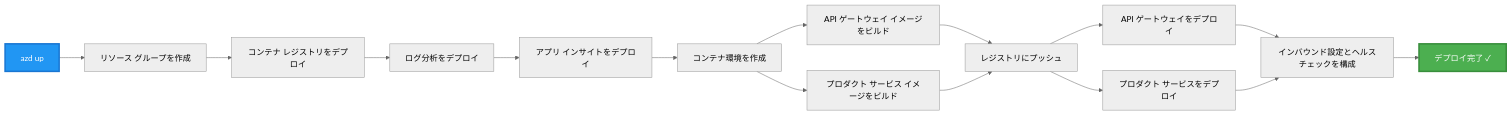
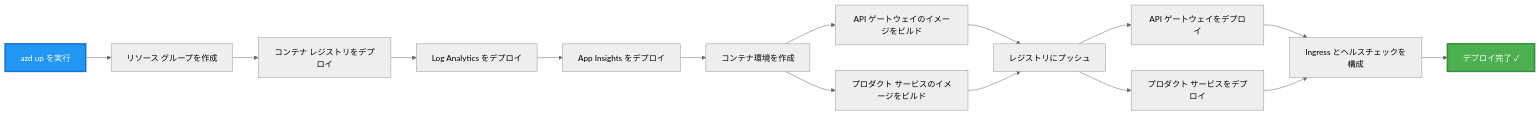
Before and after one commit to microsoft/AZD-for-beginners: the third of 4 diagrams in translations/ja/examples/microservices/README.md, drawn with Mermaid (neutral theme). The commit also changed other lines of this file and 242 other files, not shown here.

````diff
--- a/translations/ja/examples/microservices/README.md
+++ b/translations/ja/examples/microservices/README.md
@@ -242,20 +231,20 @@
 ```mermaid
 graph LR
-    A[azd up] --> B[リソース グループを作成]
+    A[azd up を実行] --> B[リソース グループを作成]
     B --> C[コンテナ レジストリをデプロイ]
-    C --> D[ログ分析をデプロイ]
-    D --> E[アプリ インサイトをデプロイ]
+    C --> D[Log Analytics をデプロイ]
+    D --> E[App Insights をデプロイ]
     E --> F[コンテナ環境を作成]
-    F --> G[API ゲートウェイ イメージをビルド]
-    F --> H[プロダクト サービス イメージをビルド]
+    F --> G[API ゲートウェイのイメージをビルド]
+    F --> H[プロダクト サービスのイメージをビルド]
     G --> I[レジストリにプッシュ]
     H --> I
     I --> J[API ゲートウェイをデプロイ]
     I --> K[プロダクト サービスをデプロイ]
-    J --> L[インバウンド設定とヘルスチェックを構成]
+    J --> L[Ingress とヘルスチェックを構成]
     K --> L
     L --> M[デプロイ完了 ✓]
     
     style A fill:#2196F3,stroke:#1976D2,stroke-width:3px,color:#fff
     style M fill:#4CAF50,stroke:#388E3C,stroke-width:3px,color:#fff
 ```
````
